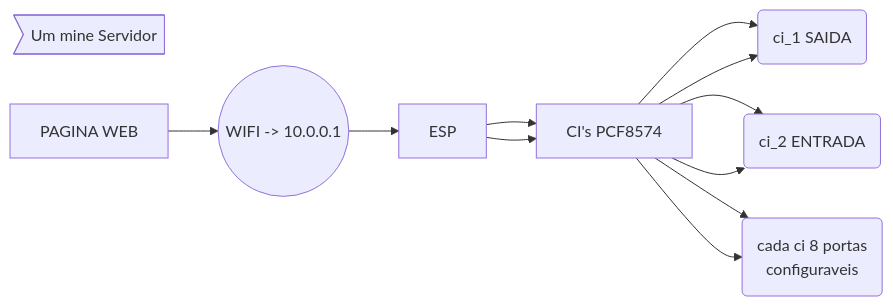
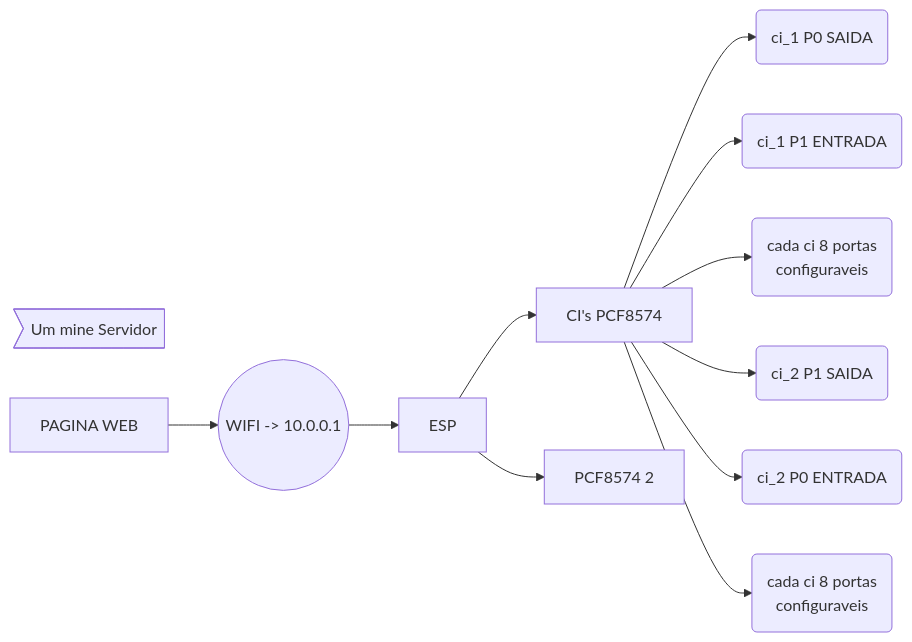
The third of 4 diagrams in README.md (Condiolov/AppCasa), drawn with Mermaid before and after one commit.

````diff
--- a/README.md
+++ b/README.md
@@ -42,14 +42,14 @@
 ```mermaid
 graph LR
 NOTA>Um mine Servidor]
 A[PAGINA WEB] --> B((WIFI -> 10.0.0.1))
 B --> D[ESP]
 D --> E[CI's PCF8574]
-E-->F(ci_1 SAIDA)
-E-->G(ci_2 ENTRADA)
+E-->F(ci_1 P0 SAIDA)
+E-->G(ci_1 P1 ENTRADA)
 E-->H(cada ci 8 portas<br/> configuraveis)
-D --> E[CI's PCF8574]
-E-->F(ci_1 SAIDA)
-E-->G(ci_2 ENTRADA)
-E-->H(cada ci 8 portas<br/> configuraveis)
+D --> E2[PCF8574 2 ]
+E-->F2(ci_2 P1 SAIDA)
+E-->G2(ci_2 P0 ENTRADA)
+E-->H2(cada ci 8 portas<br/> configuraveis)
 ```
````
